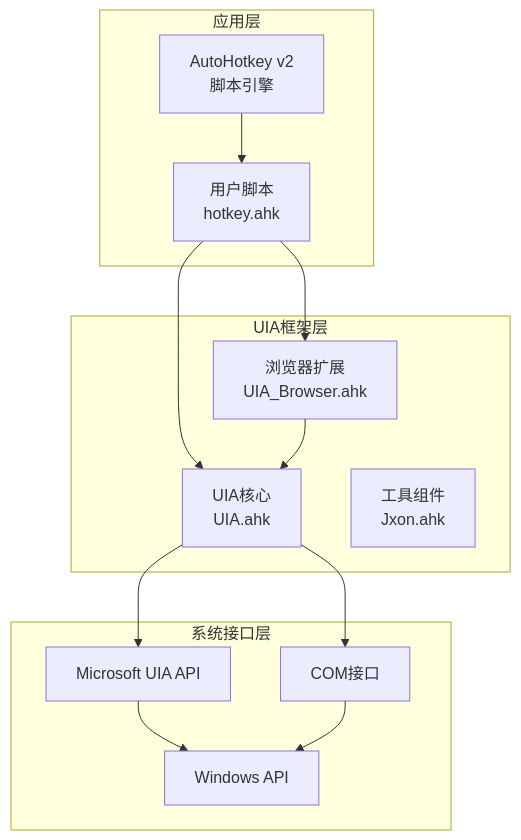
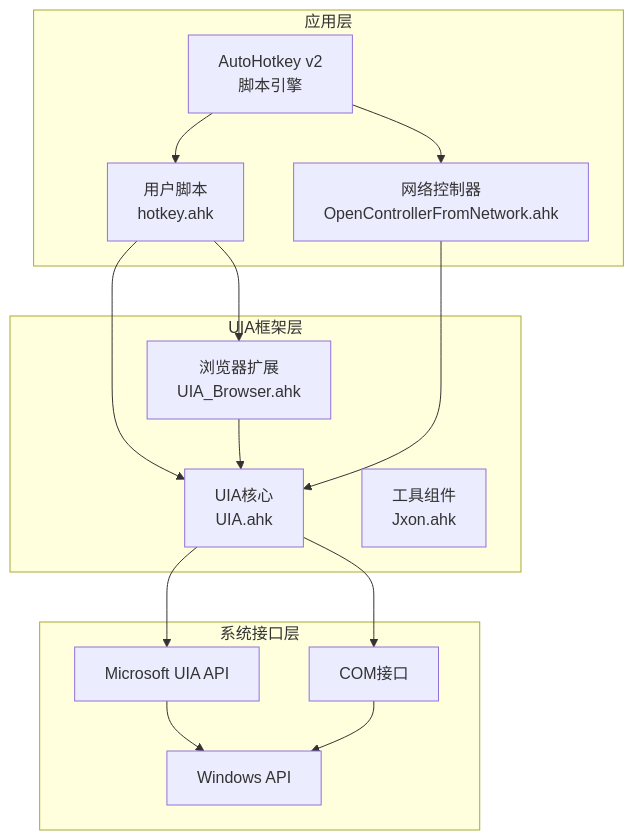
Before and after one commit to wangys-123doit/hotkey: the fourth of 13 diagrams in .qoder/repowiki/zh/content/核心功能/UI自动化框架.md, drawn with Mermaid. The commit also changed other lines of this file and 11 other files, not shown here.

````diff
--- a/.qoder/repowiki/zh/content/核心功能/UI自动化框架.md
+++ b/.qoder/repowiki/zh/content/核心功能/UI自动化框架.md
@@ -146,25 +196,28 @@
 ```mermaid
 graph TD
 subgraph "应用层"
 AHK[AutoHotkey v2<br/>脚本引擎]
 Scripts[用户脚本<br/>hotkey.ahk]
+NetworkCtrl[网络控制器<br/>OpenControllerFromNetwork.ahk]
 end
 subgraph "UIA框架层"
 Core[UIA核心<br/>UIA.ahk]
 Browser[浏览器扩展<br/>UIA_Browser.ahk]
 Utils[工具组件<br/>Jxon.ahk]
 end
 subgraph "系统接口层"
 UIA_API[Microsoft UIA API]
 COM[COM接口]
 Windows[Windows API]
 end
 AHK --> Scripts
+AHK --> NetworkCtrl
 Scripts --> Core
 Scripts --> Browser
+NetworkCtrl --> Core
 Core --> UIA_API
 Browser --> Core
 Core --> COM
 UIA_API --> Windows
 COM --> Windows
 ```
````
